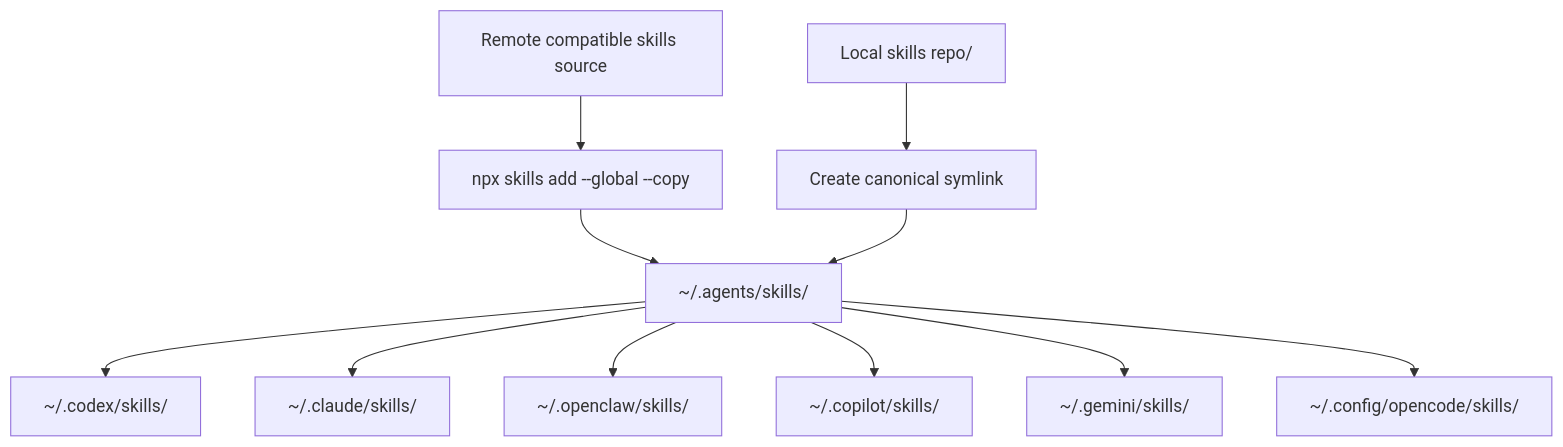
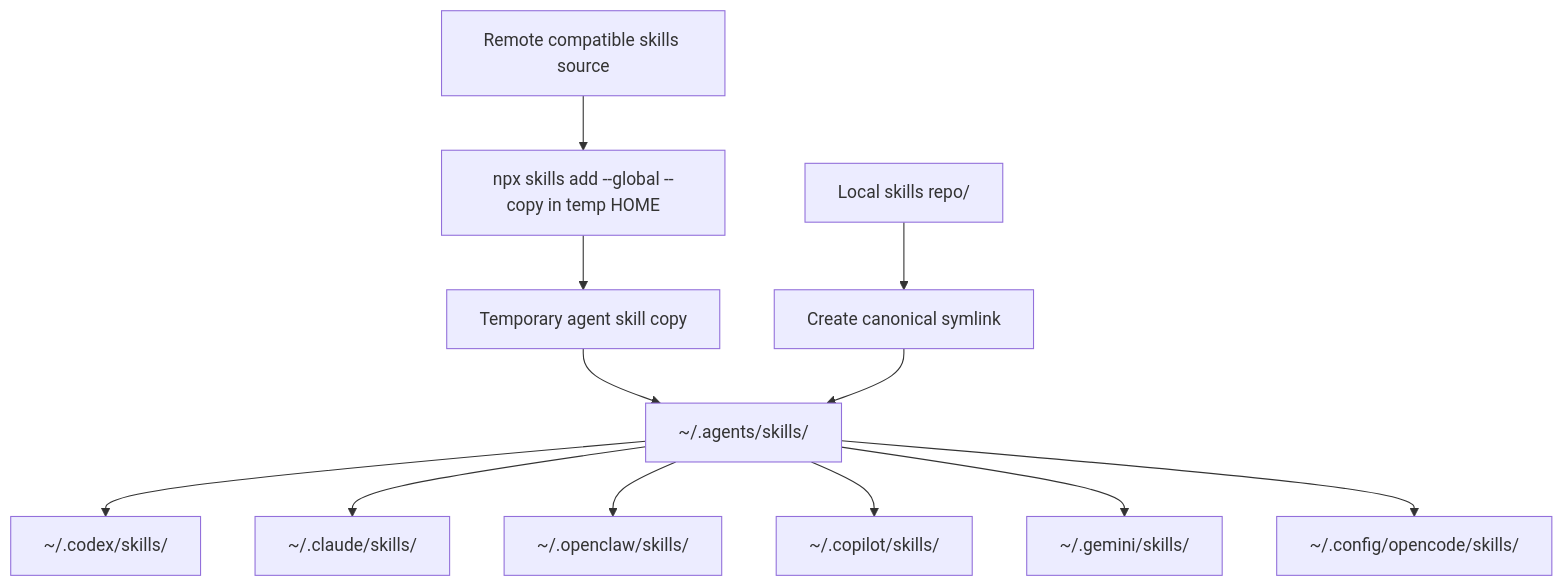
The second of 2 diagrams in README.md (marcomc/skills-installer), drawn with Mermaid before and after one commit. The commit also changed other lines of this file and 3 other files, not shown here.

Commit message:
Fix canonical copy fanout behavior

````diff
--- a/README.md
+++ b/README.md
@@ -212,15 +213,16 @@
 ```mermaid
 flowchart TB
   accTitle: Skills link topology
   accDescr: Shows copy and symlink source modes converging on the shared ~/.agents/skills layer before fanout to agent-specific directories.
-  remote["Remote compatible skills source"] --> npx["npx skills add --global --copy"]
-  npx --> canonical["~/.agents/skills/<skill>"]
+  remote["Remote compatible skills source"] --> npx["npx skills add --global --copy in temp HOME"]
+  npx --> staged["Temporary agent skill copy"]
+  staged --> canonical["~/.agents/skills/<skill>"]
   local["Local skills repo/<skill>"] --> localLink["Create canonical symlink"]
   localLink --> canonical
   canonical --> codex["~/.codex/skills/<skill>"]
   canonical --> claude["~/.claude/skills/<skill>"]
   canonical --> openclaw["~/.openclaw/skills/<skill>"]
   canonical --> copilot["~/.copilot/skills/<skill>"]
   canonical --> gemini["~/.gemini/skills/<skill>"]
   canonical --> opencode["~/.config/opencode/skills/<skill>"]
 ```
````
